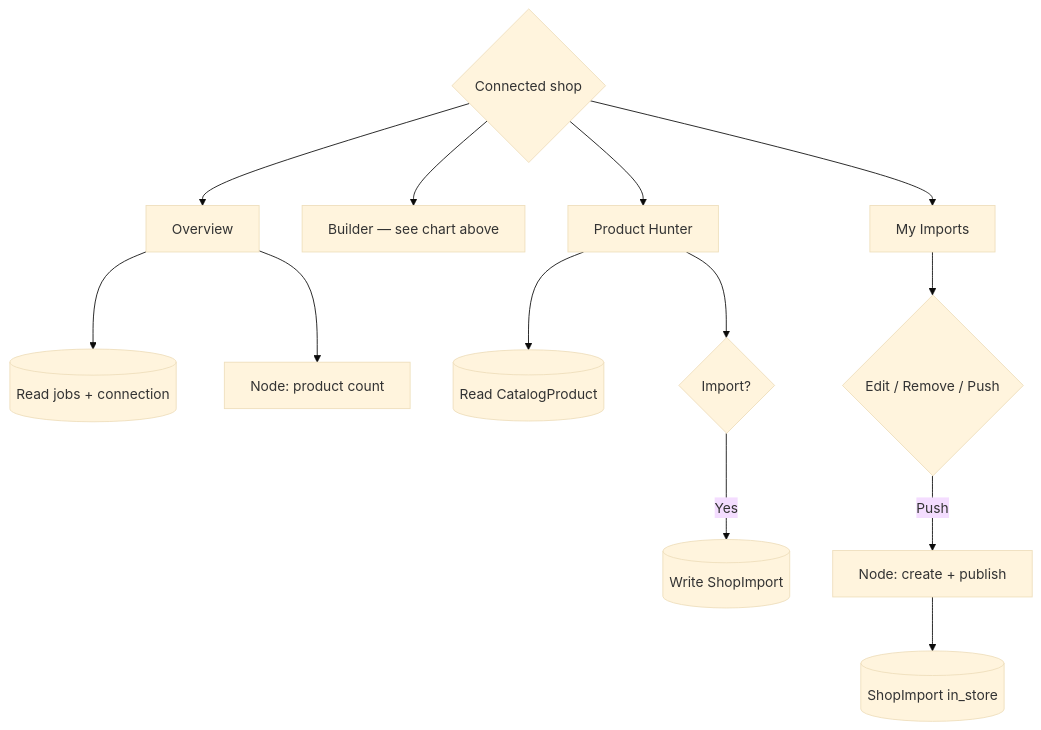
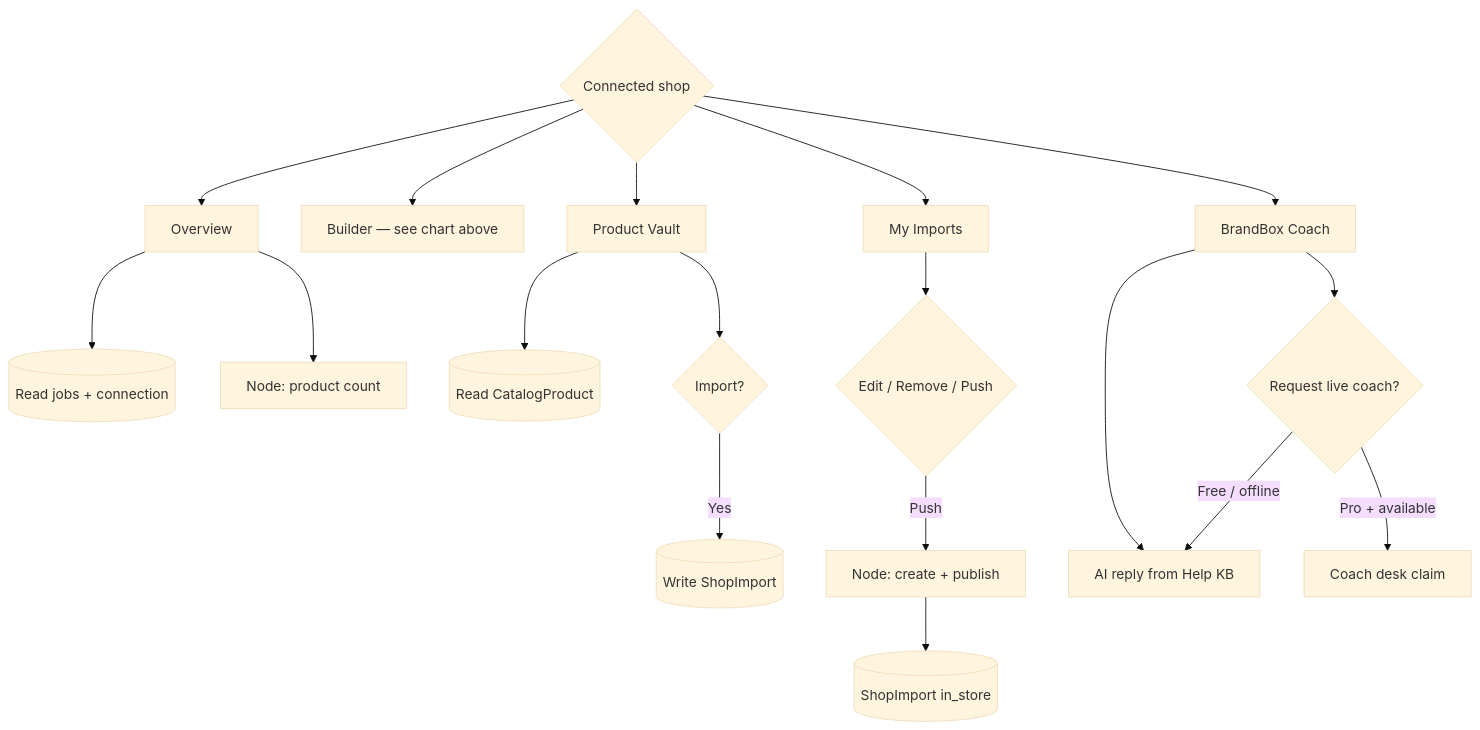
Before and after one commit to sanjaypaul-777/Zentra-WebApp: the fourth of 7 diagrams in README.md, drawn with Mermaid (base theme). The commit also changed other lines of this file, not shown here.

First line of the commit message:
Update README for affiliate, Help Center, Coach, and current URL map.

````diff
--- a/README.md
+++ b/README.md
@@ -333,18 +385,24 @@
 ```mermaid
 flowchart TD
   Hub{Connected shop} --> OV[Overview]
   Hub --> BD[Builder — see chart above]
-  Hub --> PF[Product Hunter]
+  Hub --> PF[Product Vault]
   Hub --> MI[My Imports]
+  Hub --> CH[BrandBox Coach]
 
   OV --> OV1[(Read jobs + connection)]
   OV --> OV2[Node: product count]
 
   PF --> PF1[(Read CatalogProduct)]
   PF --> PF2{Import?}
   PF2 -->|Yes| PF3[(Write ShopImport)]
 
   MI --> MI1{Edit / Remove / Push}
   MI1 -->|Push| MI2[Node: create + publish]
   MI2 --> MI3[(ShopImport in_store)]
+
+  CH --> CH1[AI reply from Help KB]
+  CH --> CH2{Request live coach?}
+  CH2 -->|Pro + available| CH3[Coach desk claim]
+  CH2 -->|Free / offline| CH1
 ```
````
